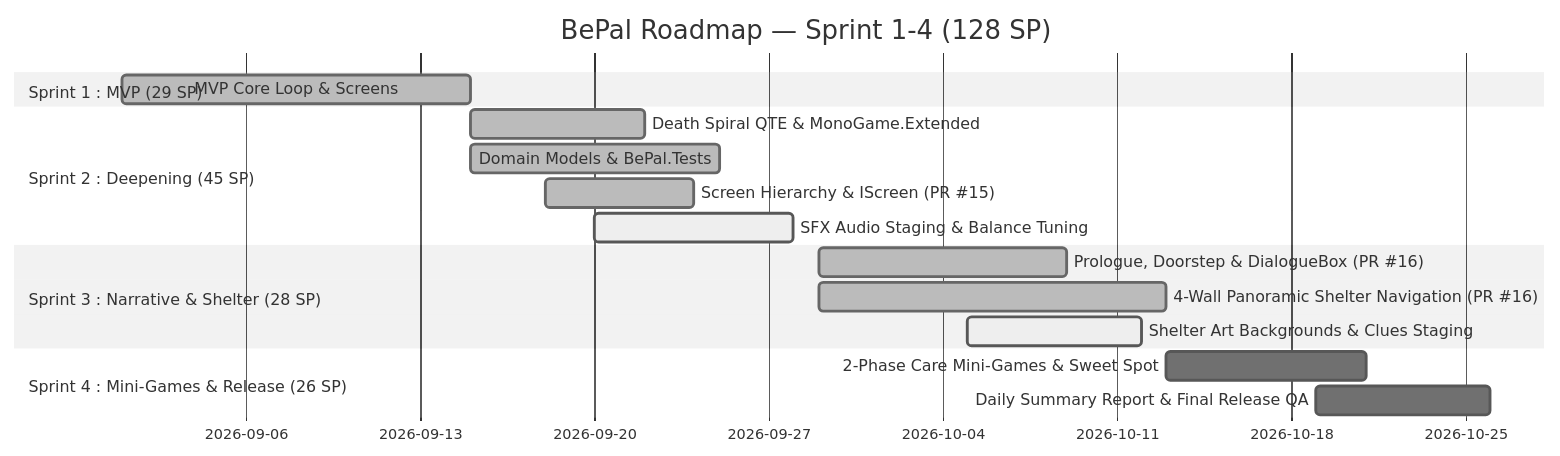
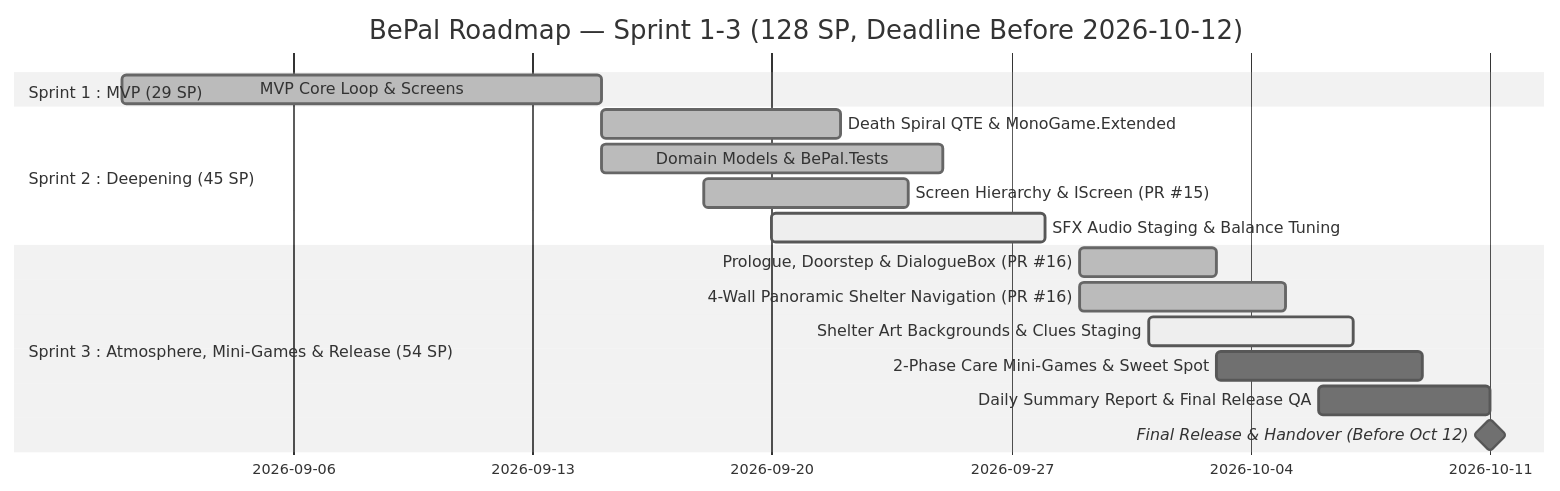
One commit to SShoww/Your-Story changed the diagram in BEPAL/Docs/Agile/02-sprint-backlog.md. Above: the diagram before and after it, drawn with Mermaid (neutral theme). The commit also changed other lines of this file and 7 other files, not shown here.

Commit message:
docs(agile): consolidate roadmap into 3 sprints with deadline before oct 12

````diff
--- a/BEPAL/Docs/Agile/02-sprint-backlog.md
+++ b/BEPAL/Docs/Agile/02-sprint-backlog.md
@@ -28,19 +27,19 @@
 ```mermaid
 gantt
-    title BePal Roadmap — Sprint 1-4 (128 SP)
+    title BePal Roadmap — Sprint 1-3 (128 SP, Deadline Before 2026-10-12)
     dateFormat  YYYY-MM-DD
     section Sprint 1 : MVP (29 SP)
     MVP Core Loop & Screens            :done, s1, 2026-09-01, 14d
     section Sprint 2 : Deepening (45 SP)
     Death Spiral QTE & MonoGame.Extended :done, s2_1, 2026-09-15, 7d
     Domain Models & BePal.Tests        :done, s2_2, 2026-09-15, 10d
     Screen Hierarchy & IScreen (PR #15):done, s2_4, 2026-09-18, 6d
     SFX Audio Staging & Balance Tuning :active, s2_3, 2026-09-20, 8d
-    section Sprint 3 : Narrative & Shelter (28 SP)
-    Prologue, Doorstep & DialogueBox (PR #16):done, s3_1, 2026-09-29, 10d
-    4-Wall Panoramic Shelter Navigation (PR #16):done, s3_2, 2026-09-29, 14d
-    Shelter Art Backgrounds & Clues Staging :active, s3_3, 2026-10-05, 7d
-    section Sprint 4 : Mini-Games & Release (26 SP)
-    2-Phase Care Mini-Games & Sweet Spot:s4_1, 2026-10-13, 8d
-    Daily Summary Report & Final Release QA:s4_2, 2026-10-19, 7d
+    section Sprint 3 : Atmosphere, Mini-Games & Release (54 SP)
+    Prologue, Doorstep & DialogueBox (PR #16):done, s3_1, 2026-09-29, 4d
+    4-Wall Panoramic Shelter Navigation (PR #16):done, s3_2, 2026-09-29, 6d
+    Shelter Art Backgrounds & Clues Staging :active, s3_3, 2026-10-01, 6d
+    2-Phase Care Mini-Games & Sweet Spot:s3_4, 2026-10-03, 6d
+    Daily Summary Report & Final Release QA:s3_5, 2026-10-06, 5d
+    Final Release & Handover (Before Oct 12):milestone, m1, 2026-10-11, 0d
 ```
````
